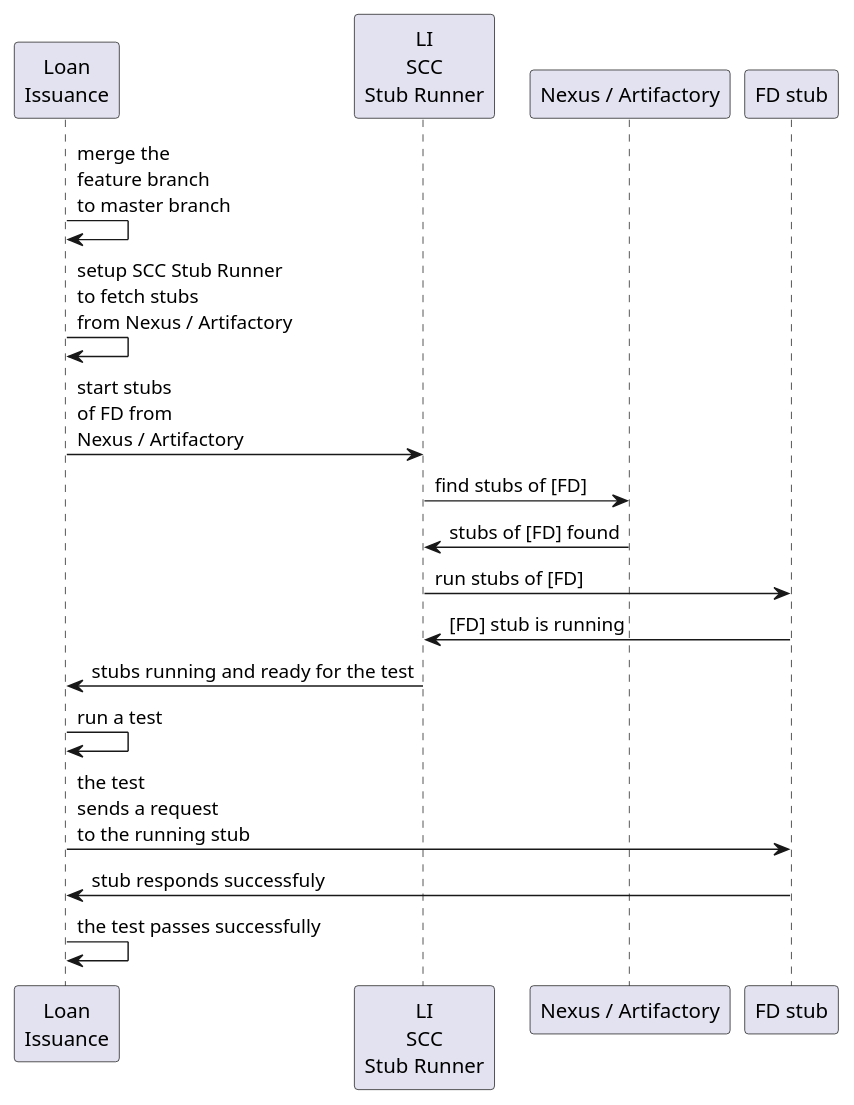
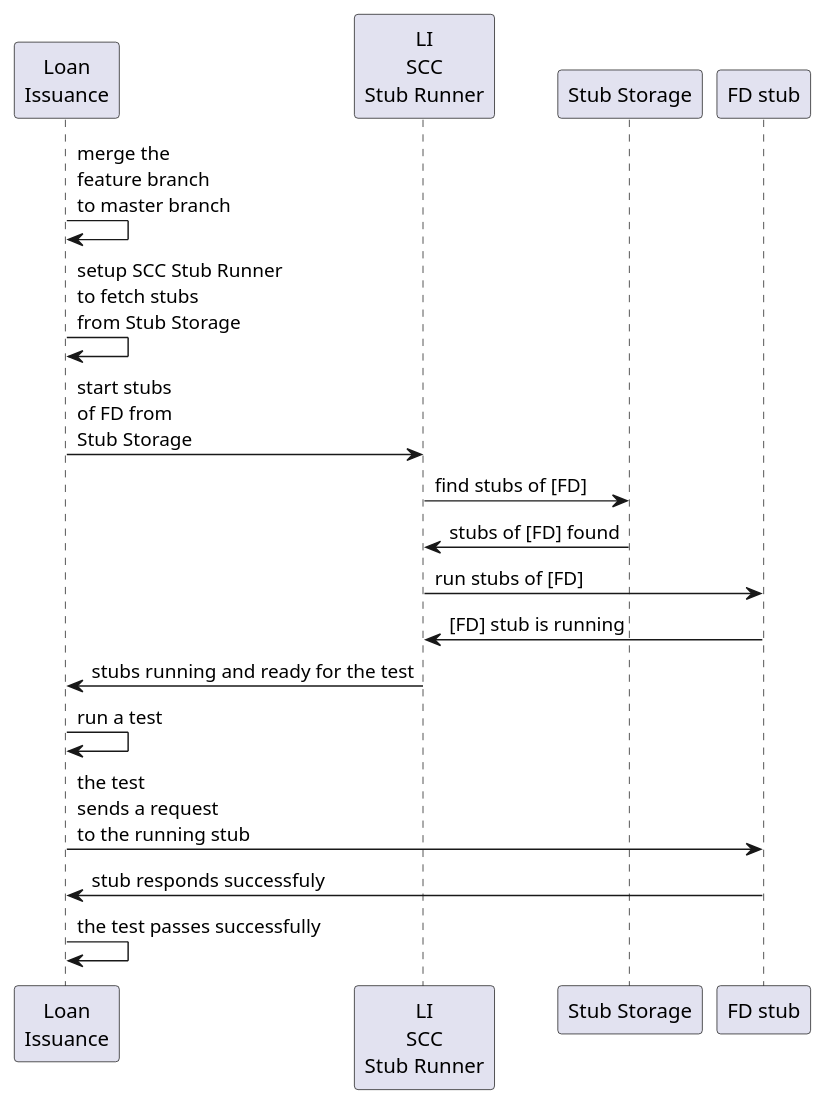
Before and after one commit to spring-cloud/spring-cloud-contract: the fourth of 4 diagrams in docs/src/main/asciidoc/getting-started.adoc, drawn with PlantUML. The commit also changed other lines of this file and 4 other files, not shown here.

```diff
--- a/docs/src/main/asciidoc/getting-started.adoc
+++ b/docs/src/main/asciidoc/getting-started.adoc
@@ -1059,15 +1069,15 @@
 [plantuml, getting-started-cdc-client, png]
 ----
 "Loan\nIssuance"->"Loan\nIssuance": merge the\nfeature branch\nto master branch
-"Loan\nIssuance"->"Loan\nIssuance": setup SCC Stub Runner\nto fetch stubs\nfrom Nexus / Artifactory
-"Loan\nIssuance"->"LI\nSCC\nStub Runner": start stubs\nof FD from\nNexus / Artifactory
-"LI\nSCC\nStub Runner"->"Nexus / Artifactory": find stubs of [FD]
-"Nexus / Artifactory"->"LI\nSCC\nStub Runner": stubs of [FD] found
+"Loan\nIssuance"->"Loan\nIssuance": setup SCC Stub Runner\nto fetch stubs\nfrom Stub Storage
+"Loan\nIssuance"->"LI\nSCC\nStub Runner": start stubs\nof FD from\nStub Storage
+"LI\nSCC\nStub Runner"->"Stub Storage": find stubs of [FD]
+"Stub Storage"->"LI\nSCC\nStub Runner": stubs of [FD] found
 "LI\nSCC\nStub Runner"->"FD stub": run stubs of [FD]
 "FD stub"->"LI\nSCC\nStub Runner": [FD] stub is running
 "LI\nSCC\nStub Runner"->"Loan\nIssuance": stubs running and ready for the test
 "Loan\nIssuance"->"Loan\nIssuance": run a test
 "Loan\nIssuance"->"FD stub": the test\nsends a request\nto the running stub
 "FD stub"->"Loan\nIssuance": stub responds successfuly
 "Loan\nIssuance"->"Loan\nIssuance": the test passes successfully
 ----
```
